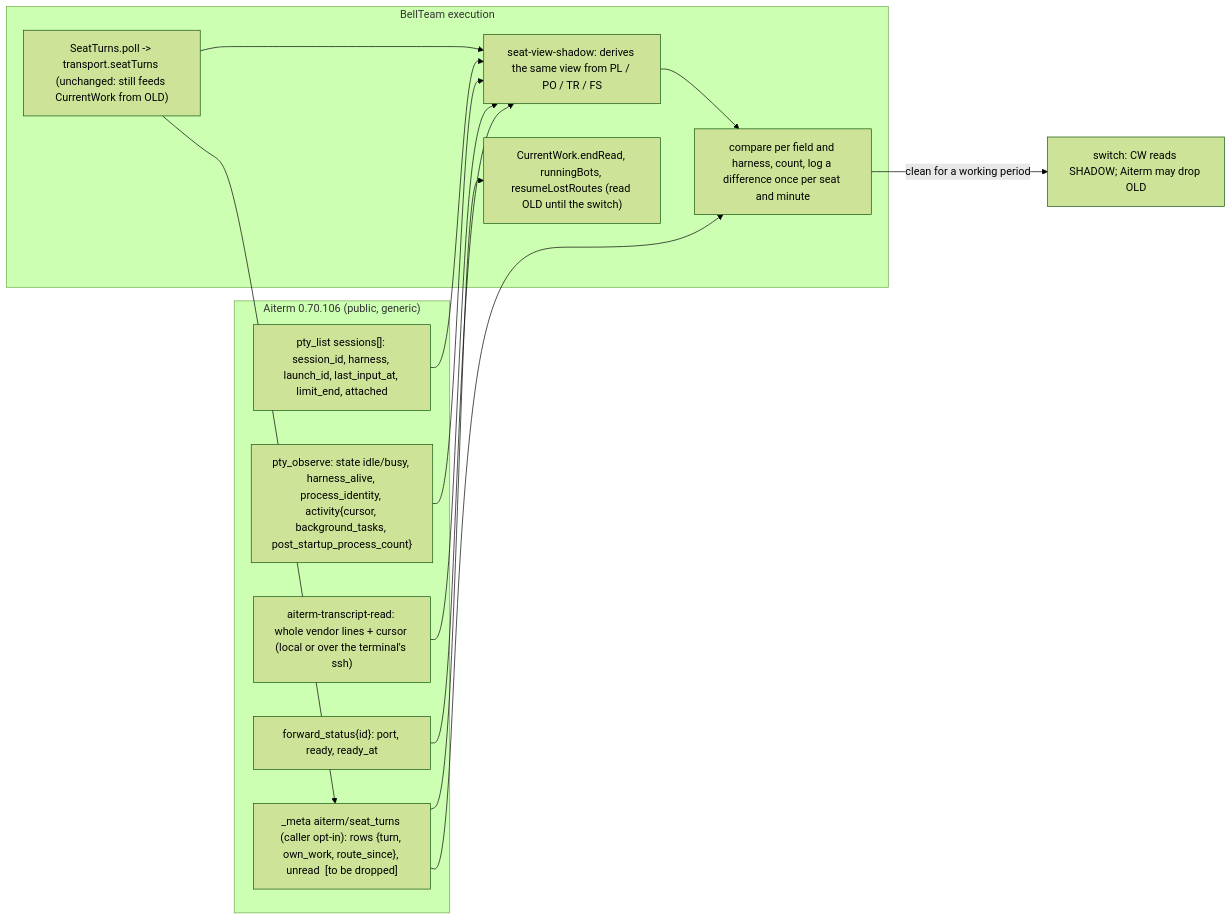
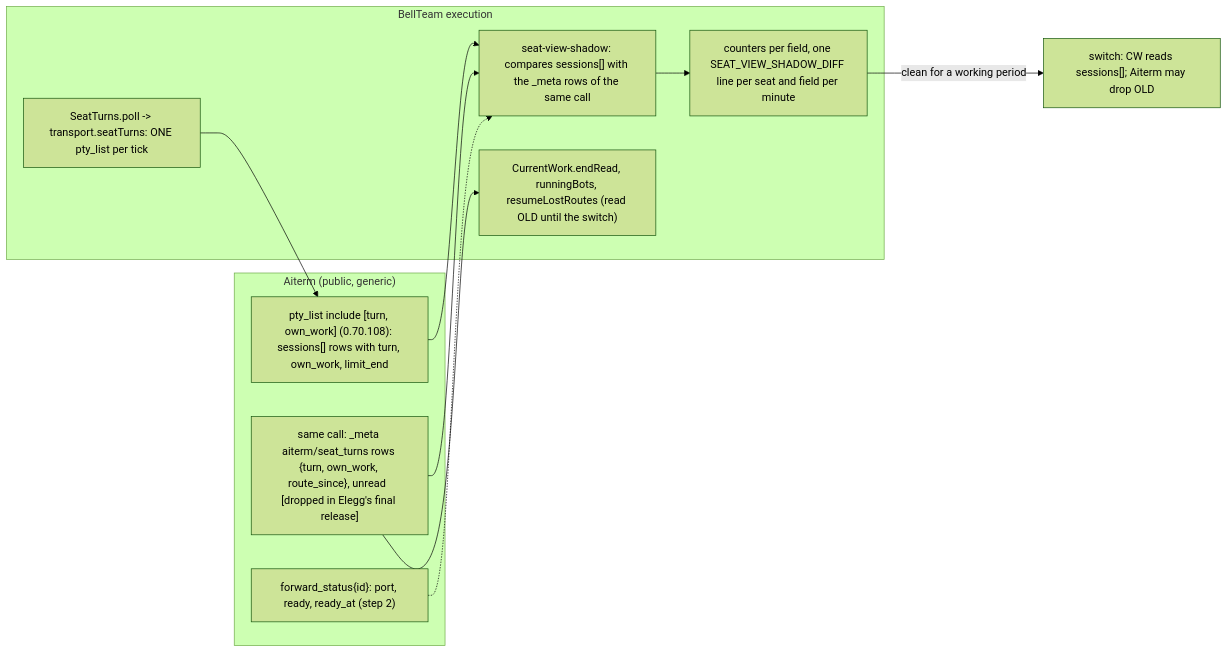
The diagram in docs/architecture/modules/execution/seat-view-shadow.md (kitepon/BellTeam), drawn with Mermaid (forest theme) before and after one commit. The commit also changed other lines of this file and 5 other files, not shown here.

First line of the commit message:
a532b2 stage 3 step 1: seat view shadow, generic turn / own_work compared with Aiterm's seat_turns rows

````diff
--- a/docs/architecture/modules/execution/seat-view-shadow.md
+++ b/docs/architecture/modules/execution/seat-view-shadow.md
@@ -7,26 +7,21 @@
 ```mermaid
 flowchart LR
-  subgraph AT["Aiterm 0.70.106 (public, generic)"]
-    PL["pty_list sessions[]: session_id, harness, launch_id, last_input_at, limit_end, attached"]
-    PO["pty_observe: state idle/busy, harness_alive, process_identity, activity{cursor, background_tasks, post_startup_process_count}"]
-    TR["aiterm-transcript-read: whole vendor lines + cursor (local or over the terminal's ssh)"]
-    FS["forward_status{id}: port, ready, ready_at"]
-    OLD["_meta aiterm/seat_turns (caller opt-in): rows {turn, own_work, route_since}, unread  [to be dropped]"]
+  subgraph AT["Aiterm (public, generic)"]
+    PL["pty_list include [turn, own_work] (0.70.108): sessions[] rows with turn, own_work, limit_end"]
+    OLD["same call: _meta aiterm/seat_turns rows {turn, own_work, route_since}, unread  [dropped in Elegg's final release]"]
+    FS["forward_status{id}: port, ready, ready_at (step 2)"]
   end
   subgraph BT["BellTeam execution"]
-    POLL["SeatTurns.poll -> transport.seatTurns (unchanged: still feeds CurrentWork from OLD)"]
-    SHADOW["seat-view-shadow: derives the same view from PL / PO / TR / FS"]
-    CMP["compare per field and harness, count, log a difference once per seat and minute"]
+    POLL["SeatTurns.poll -> transport.seatTurns: ONE pty_list per tick"]
+    SHADOW["seat-view-shadow: compares sessions[] with the _meta rows of the same call"]
+    CMP["counters per field, one SEAT_VIEW_SHADOW_DIFF line per seat and field per minute"]
     CW["CurrentWork.endRead, runningBots, resumeLostRoutes (read OLD until the switch)"]
   end
-  POLL --> OLD
+  POLL --> PL
+  PL --> SHADOW
   OLD --> CW
-  POLL --> SHADOW
-  PL --> SHADOW
-  PO --> SHADOW
-  TR --> SHADOW
-  FS --> SHADOW
+  OLD --> SHADOW
+  FS -.-> SHADOW
   SHADOW --> CMP
-  OLD --> CMP
-  CMP -->|"clean for a working period"| SWITCH["switch: CW reads SHADOW; Aiterm may drop OLD"]
+  CMP -->|"clean for a working period"| SWITCH["switch: CW reads sessions[]; Aiterm may drop OLD"]
 ```
````
